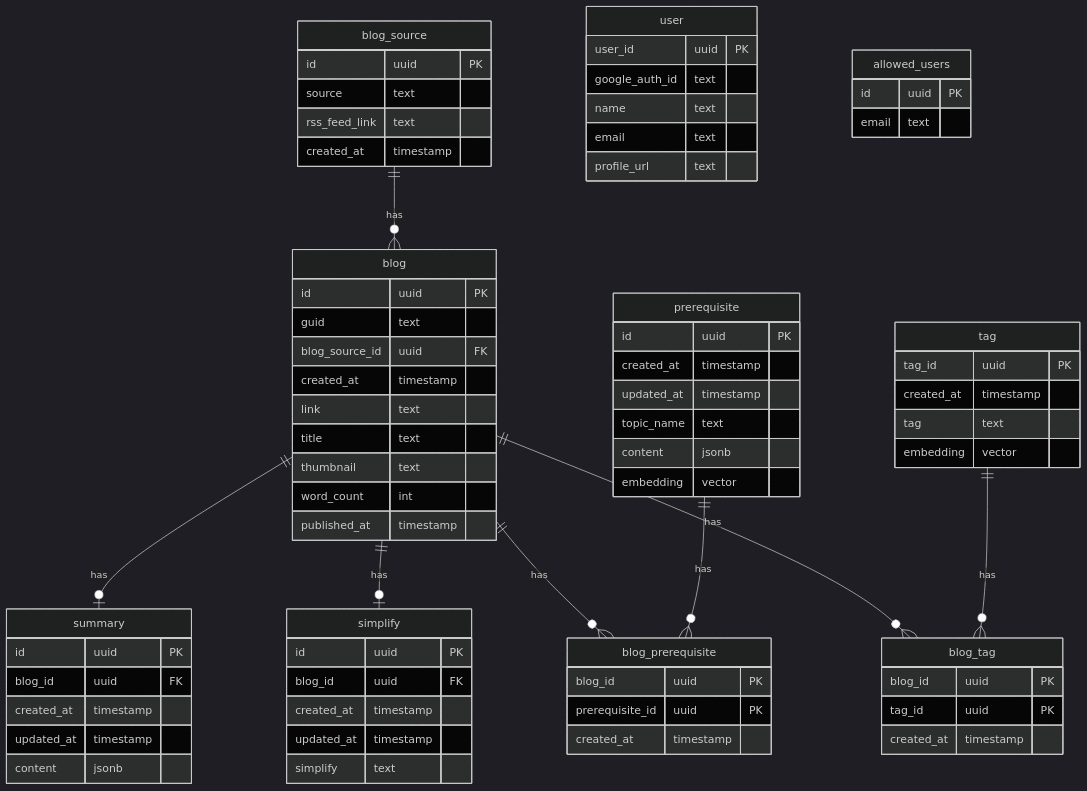
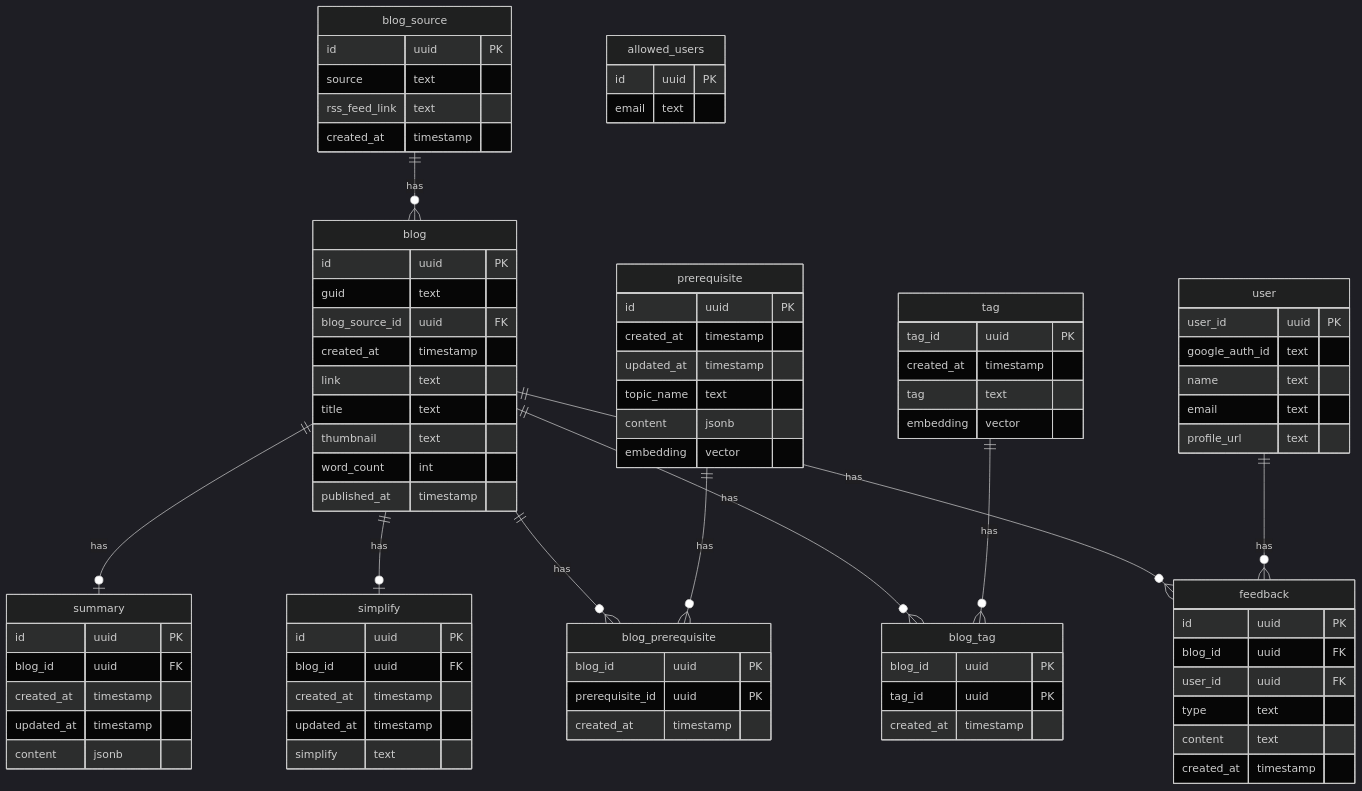
The diagram in docs/schema.md (mridubhatnagar/enggfeed), drawn with Mermaid (dark theme) before and after one commit. The commit also changed other lines of this file and 8 other files, not shown here.

````diff
--- a/docs/schema.md
+++ b/docs/schema.md
@@ -214,6 +229,15 @@
         email text
     }
 
+    feedback {
+        id uuid PK
+        blog_id uuid FK
+        user_id uuid FK
+        type text
+        content text
+        created_at timestamp
+    }
+
     blog_source ||--o{ blog : "has"
     blog ||--o| summary : "has"
     blog ||--o| simplify : "has"
@@ -221,4 +245,6 @@
     prerequisite ||--o{ blog_prerequisite : "has"
     blog ||--o{ blog_tag : "has"
     tag ||--o{ blog_tag : "has"
+    blog ||--o{ feedback : "has"
+    user ||--o{ feedback : "has"
 ```
````
